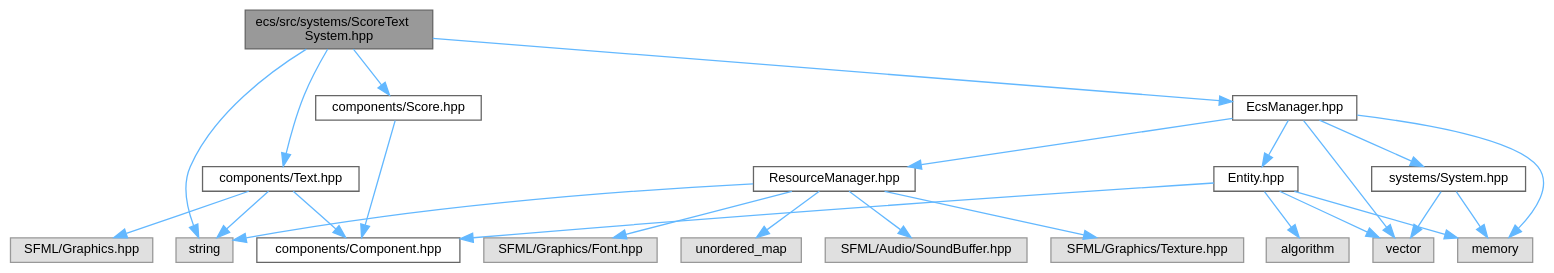
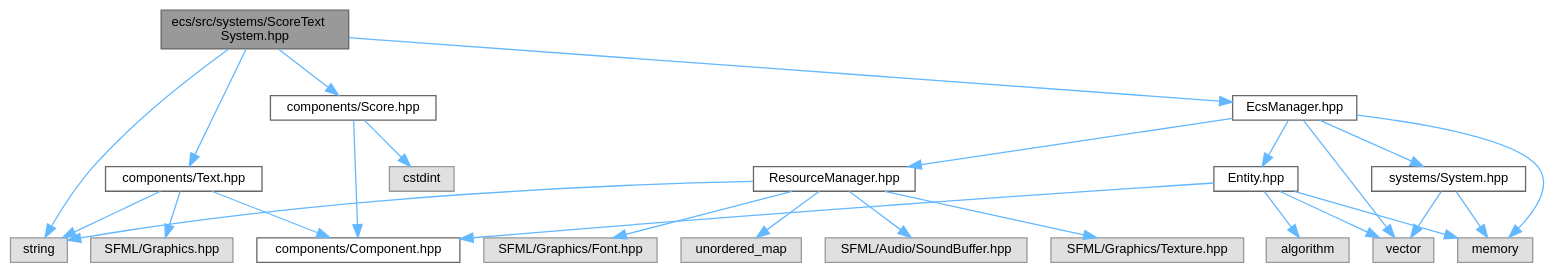
One commit to Houpsi/R-Type changed the diagram in ScoreTextSystem_8hpp__incl.dot. Above: the diagram before and after it, drawn with Graphviz. The commit also changed 193 other files, not shown here.

```diff
--- a/ScoreTextSystem_8hpp__incl.dot
+++ b/ScoreTextSystem_8hpp__incl.dot
@@ -1,48 +1,50 @@
 digraph "ecs/src/systems/ScoreTextSystem.hpp"
 {
  // LATEX_PDF_SIZE
   bgcolor="transparent";
   edge [fontname=Helvetica,fontsize=10,labelfontname=Helvetica,labelfontsize=10];
   node [fontname=Helvetica,fontsize=10,shape=box,height=0.2,width=0.4];
   Node1 [id="Node000001",label="ecs/src/systems/ScoreText\lSystem.hpp",height=0.2,width=0.4,color="gray40", fillcolor="grey60", style="filled", fontcolor="black",tooltip=" "];
   Node1 -> Node2 [id="edge1_Node000001_Node000002",color="steelblue1",style="solid",tooltip=" "];
   Node2 [id="Node000002",label="string",height=0.2,width=0.4,color="grey60", fillcolor="#E0E0E0", style="filled",tooltip=" "];
   Node1 -> Node3 [id="edge2_Node000001_Node000003",color="steelblue1",style="solid",tooltip=" "];
   Node3 [id="Node000003",label="EcsManager.hpp",height=0.2,width=0.4,color="grey40", fillcolor="white", style="filled",URL="$EcsManager_8hpp.html",tooltip=" "];
   Node3 -> Node4 [id="edge3_Node000003_Node000004",color="steelblue1",style="solid",tooltip=" "];
   Node4 [id="Node000004",label="Entity.hpp",height=0.2,width=0.4,color="grey40", fillcolor="white", style="filled",URL="$Entity_8hpp.html",tooltip=" "];
   Node4 -> Node5 [id="edge4_Node000004_Node000005",color="steelblue1",style="solid",tooltip=" "];
   Node5 [id="Node000005",label="components/Component.hpp",height=0.2,width=0.4,color="grey40", fillcolor="white", style="filled",URL="$Component_8hpp.html",tooltip=" "];
   Node4 -> Node6 [id="edge5_Node000004_Node000006",color="steelblue1",style="solid",tooltip=" "];
   Node6 [id="Node000006",label="memory",height=0.2,width=0.4,color="grey60", fillcolor="#E0E0E0", style="filled",tooltip=" "];
   Node4 -> Node7 [id="edge6_Node000004_Node000007",color="steelblue1",style="solid",tooltip=" "];
   Node7 [id="Node000007",label="vector",height=0.2,width=0.4,color="grey60", fillcolor="#E0E0E0", style="filled",tooltip=" "];
   Node4 -> Node8 [id="edge7_Node000004_Node000008",color="steelblue1",style="solid",tooltip=" "];
   Node8 [id="Node000008",label="algorithm",height=0.2,width=0.4,color="grey60", fillcolor="#E0E0E0", style="filled",tooltip=" "];
   Node3 -> Node9 [id="edge8_Node000003_Node000009",color="steelblue1",style="solid",tooltip=" "];
   Node9 [id="Node000009",label="ResourceManager.hpp",height=0.2,width=0.4,color="grey40", fillcolor="white", style="filled",URL="$ResourceManager_8hpp.html",tooltip=" "];
   Node9 -> Node10 [id="edge9_Node000009_Node000010",color="steelblue1",style="solid",tooltip=" "];
   Node10 [id="Node000010",label="SFML/Audio/SoundBuffer.hpp",height=0.2,width=0.4,color="grey60", fillcolor="#E0E0E0", style="filled",tooltip=" "];
   Node9 -> Node11 [id="edge10_Node000009_Node000011",color="steelblue1",style="solid",tooltip=" "];
   Node11 [id="Node000011",label="SFML/Graphics/Texture.hpp",height=0.2,width=0.4,color="grey60", fillcolor="#E0E0E0", style="filled",tooltip=" "];
   Node9 -> Node12 [id="edge11_Node000009_Node000012",color="steelblue1",style="solid",tooltip=" "];
   Node12 [id="Node000012",label="SFML/Graphics/Font.hpp",height=0.2,width=0.4,color="grey60", fillcolor="#E0E0E0", style="filled",tooltip=" "];
   Node9 -> Node2 [id="edge12_Node000009_Node000002",color="steelblue1",style="solid",tooltip=" "];
   Node9 -> Node13 [id="edge13_Node000009_Node000013",color="steelblue1",style="solid",tooltip=" "];
   Node13 [id="Node000013",label="unordered_map",height=0.2,width=0.4,color="grey60", fillcolor="#E0E0E0", style="filled",tooltip=" "];
   Node3 -> Node14 [id="edge14_Node000003_Node000014",color="steelblue1",style="solid",tooltip=" "];
   Node14 [id="Node000014",label="systems/System.hpp",height=0.2,width=0.4,color="grey40", fillcolor="white", style="filled",URL="$System_8hpp.html",tooltip=" "];
   Node14 -> Node6 [id="edge15_Node000014_Node000006",color="steelblue1",style="solid",tooltip=" "];
   Node14 -> Node7 [id="edge16_Node000014_Node000007",color="steelblue1",style="solid",tooltip=" "];
   Node3 -> Node6 [id="edge17_Node000003_Node000006",color="steelblue1",style="solid",tooltip=" "];
   Node3 -> Node7 [id="edge18_Node000003_Node000007",color="steelblue1",style="solid",tooltip=" "];
   Node1 -> Node15 [id="edge19_Node000001_Node000015",color="steelblue1",style="solid",tooltip=" "];
   Node15 [id="Node000015",label="components/Score.hpp",height=0.2,width=0.4,color="grey40", fillcolor="white", style="filled",URL="$Score_8hpp.html",tooltip=" "];
   Node15 -> Node5 [id="edge20_Node000015_Node000005",color="steelblue1",style="solid",tooltip=" "];
-  Node1 -> Node16 [id="edge21_Node000001_Node000016",color="steelblue1",style="solid",tooltip=" "];
-  Node16 [id="Node000016",label="components/Text.hpp",height=0.2,width=0.4,color="grey40", fillcolor="white", style="filled",URL="$Text_8hpp.html",tooltip=" "];
-  Node16 -> Node5 [id="edge22_Node000016_Node000005",color="steelblue1",style="solid",tooltip=" "];
-  Node16 -> Node2 [id="edge23_Node000016_Node000002",color="steelblue1",style="solid",tooltip=" "];
-  Node16 -> Node17 [id="edge24_Node000016_Node000017",color="steelblue1",style="solid",tooltip=" "];
-  Node17 [id="Node000017",label="SFML/Graphics.hpp",height=0.2,width=0.4,color="grey60", fillcolor="#E0E0E0", style="filled",tooltip=" "];
+  Node15 -> Node16 [id="edge21_Node000015_Node000016",color="steelblue1",style="solid",tooltip=" "];
+  Node16 [id="Node000016",label="cstdint",height=0.2,width=0.4,color="grey60", fillcolor="#E0E0E0", style="filled",tooltip=" "];
+  Node1 -> Node17 [id="edge22_Node000001_Node000017",color="steelblue1",style="solid",tooltip=" "];
+  Node17 [id="Node000017",label="components/Text.hpp",height=0.2,width=0.4,color="grey40", fillcolor="white", style="filled",URL="$Text_8hpp.html",tooltip=" "];
+  Node17 -> Node5 [id="edge23_Node000017_Node000005",color="steelblue1",style="solid",tooltip=" "];
+  Node17 -> Node2 [id="edge24_Node000017_Node000002",color="steelblue1",style="solid",tooltip=" "];
+  Node17 -> Node18 [id="edge25_Node000017_Node000018",color="steelblue1",style="solid",tooltip=" "];
+  Node18 [id="Node000018",label="SFML/Graphics.hpp",height=0.2,width=0.4,color="grey60", fillcolor="#E0E0E0", style="filled",tooltip=" "];
 }
```
